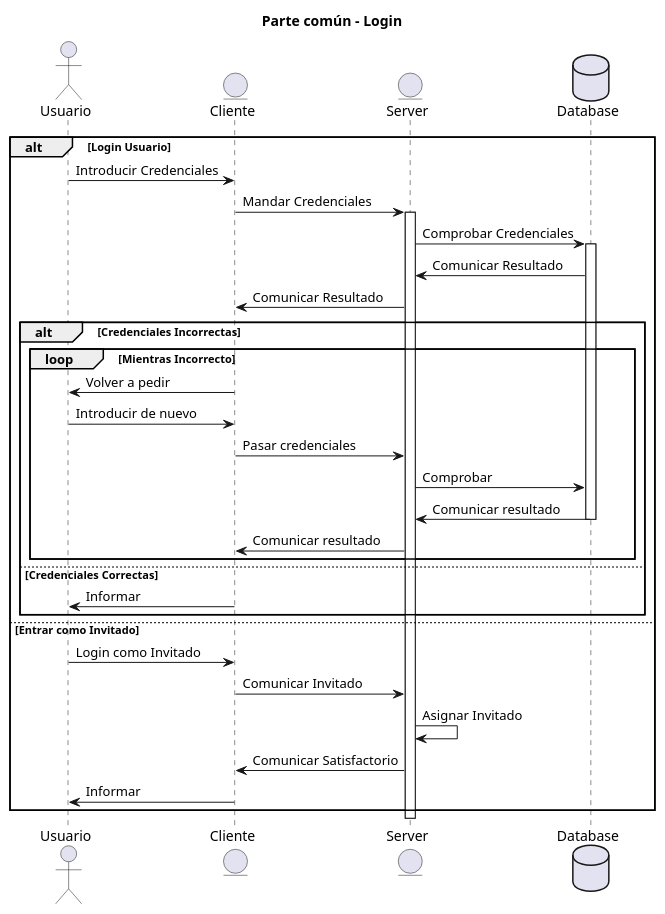
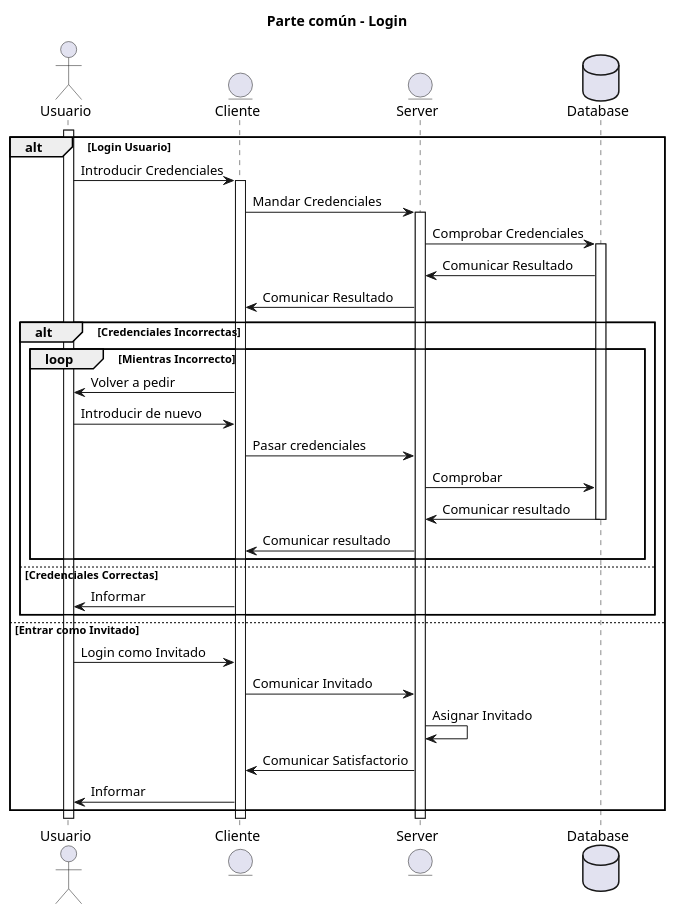
Before and after one commit to ruanzhijun/online-poker-texas-hold-em: the diagram in Programas/Poker_Server/src/diagramas/login.puml, drawn with PlantUML. The commit also changed 1 other file, not shown here.

Commit message:
Did 'Login' in it's own separated Secuence Diagram. Check the others.

```diff
--- a/Programas/Poker_Server/src/diagramas/login.puml
+++ b/Programas/Poker_Server/src/diagramas/login.puml
@@ -1,39 +1,41 @@
 @startuml
 title Parte común - Login
 
 actor Usuario
 entity Cliente
 entity Server
 database Database
 
+activate Usuario
 alt Login Usuario
 Usuario->Cliente: Introducir Credenciales
+activate Cliente
 Cliente->Server: Mandar Credenciales
 activate Server
 Server->Database: Comprobar Credenciales
 activate Database
 Database->Server: Comunicar Resultado
 Server->Cliente: Comunicar Resultado
 
 alt Credenciales Incorrectas
 loop Mientras Incorrecto
 Cliente->Usuario: Volver a pedir
 Usuario->Cliente: Introducir de nuevo
 Cliente->Server: Pasar credenciales
 Server->Database: Comprobar
 Database->Server: Comunicar resultado
 deactivate Database
 Server->Cliente: Comunicar resultado
 end
 else Credenciales Correctas
 Cliente->Usuario: Informar
 end
 else Entrar como Invitado
 Usuario->Cliente: Login como Invitado
 Cliente->Server: Comunicar Invitado
 Server->Server: Asignar Invitado
 Server->Cliente: Comunicar Satisfactorio
 Cliente->Usuario: Informar
 end
 
 @enduml
```
